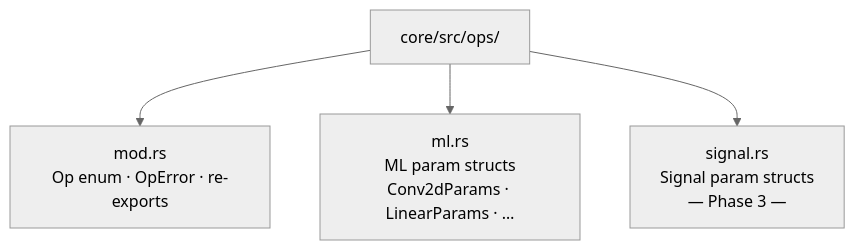
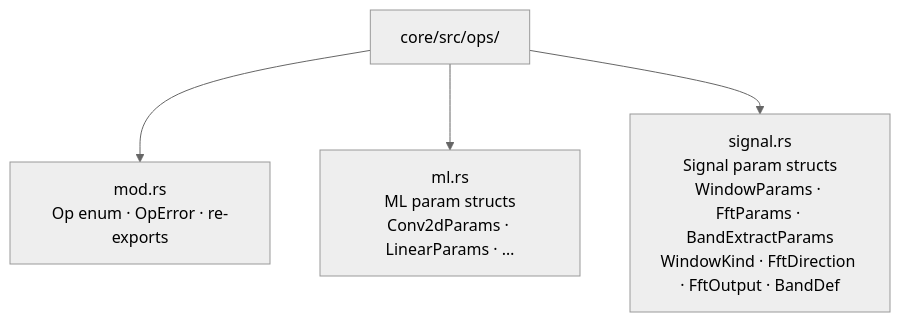
One commit to vansweej/graphynx changed the fifth of 5 diagrams in docs/op-catalog.md. Above: the diagram before and after it, drawn with Mermaid (neutral theme). The commit also changed other lines of this file and 6 other files, not shown here.

````diff
--- a/docs/op-catalog.md
+++ b/docs/op-catalog.md
@@ -418,6 +571,6 @@
 ```mermaid
 graph TD
     ops["core/src/ops/"] --> mod_rs["mod.rs<br/>Op enum · OpError · re-exports"]
     ops --> ml_rs["ml.rs<br/>ML param structs<br/>Conv2dParams · LinearParams · …"]
-    ops --> signal_rs["signal.rs<br/>Signal param structs<br/>— Phase 3 —"]
+    ops --> signal_rs["signal.rs<br/>Signal param structs<br/>WindowParams · FftParams · BandExtractParams<br/>WindowKind · FftDirection · FftOutput · BandDef"]
 ```
````
